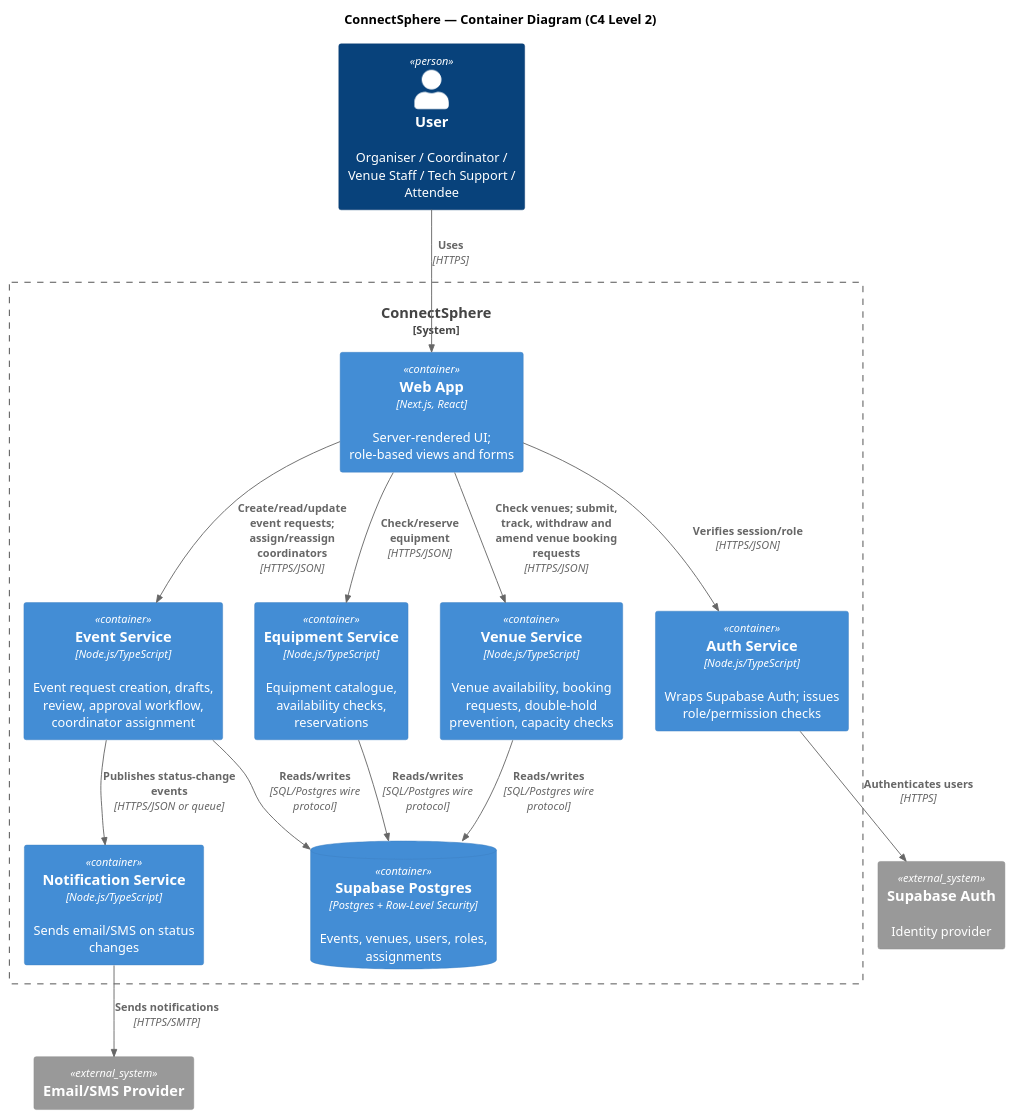
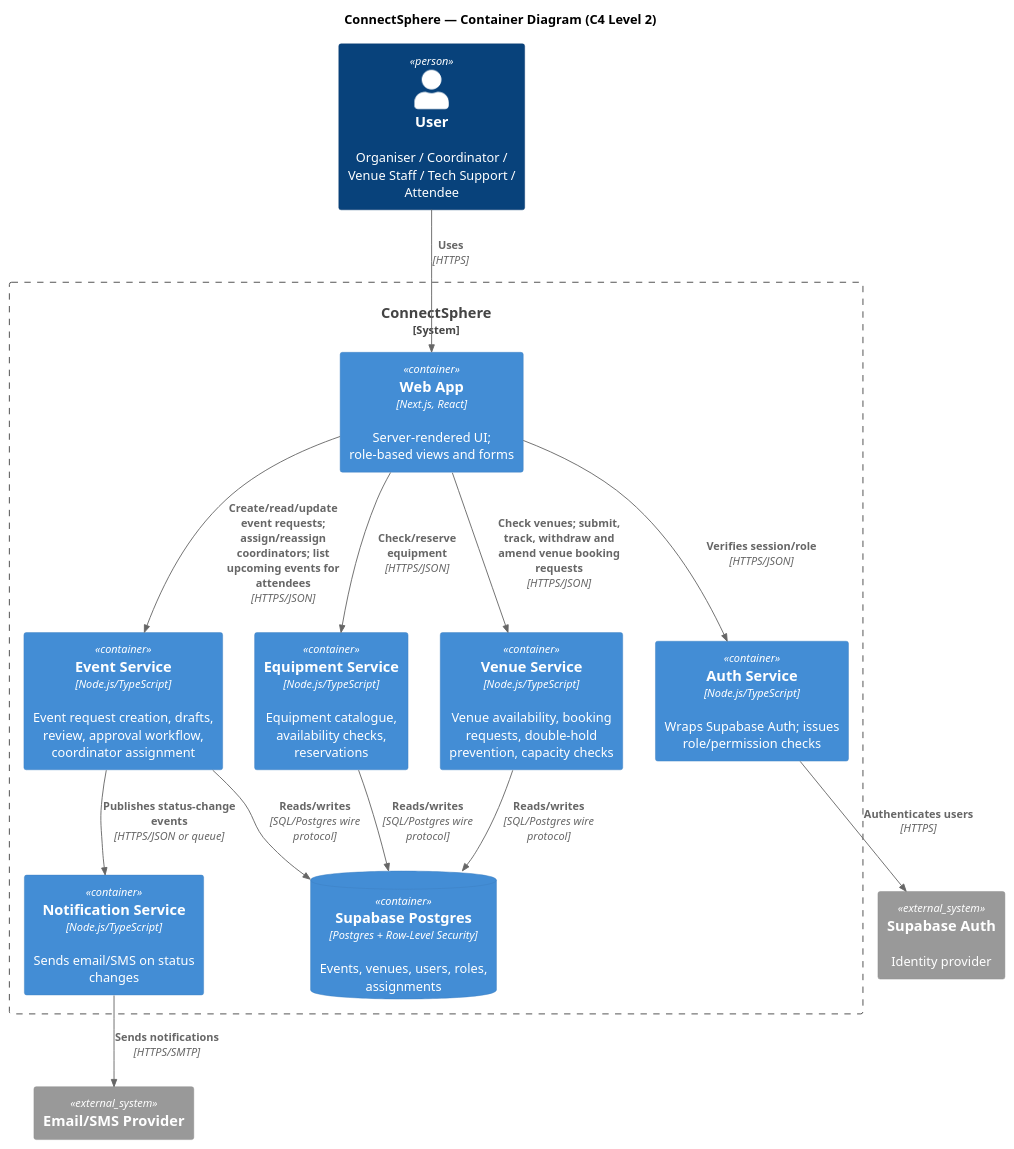
The diagram in docs/architecture/c4/container.puml (danjaii/SPM-T5), drawn with PlantUML before and after one commit. The commit also changed 19 other files, not shown here.

Commit message:
Scrum 71/view upcoming events (#32)

```diff
--- a/docs/architecture/c4/container.puml
+++ b/docs/architecture/c4/container.puml
@@ -1,38 +1,38 @@
 @startuml container
 !include https://raw.githubusercontent.com/plantuml-stdlib/C4-PlantUML/master/C4_Container.puml
 
 title ConnectSphere — Container Diagram (C4 Level 2)
 
 Person(user, "User", "Organiser / Coordinator / Venue Staff / Tech Support / Attendee")
 
 System_Boundary(connectsphere, "ConnectSphere") {
   Container(web, "Web App", "Next.js, React", "Server-rendered UI; role-based views and forms")
 
   Container(authSvc, "Auth Service", "Node.js/TypeScript", "Wraps Supabase Auth; issues role/permission checks")
   Container(eventSvc, "Event Service", "Node.js/TypeScript", "Event request creation, drafts, review, approval workflow, coordinator assignment")
   Container(venueSvc, "Venue Service", "Node.js/TypeScript", "Venue availability, booking requests, double-hold prevention, capacity checks")
   Container(equipmentSvc, "Equipment Service", "Node.js/TypeScript", "Equipment catalogue, availability checks, reservations")
   Container(notificationSvc, "Notification Service", "Node.js/TypeScript", "Sends email/SMS on status changes")
 
   ContainerDb(db, "Supabase Postgres", "Postgres + Row-Level Security", "Events, venues, users, roles, assignments")
 }
 
 System_Ext(supabaseAuth, "Supabase Auth", "Identity provider")
 System_Ext(emailProvider, "Email/SMS Provider")
 
 Rel(user, web, "Uses", "HTTPS")
 
 Rel(web, authSvc, "Verifies session/role", "HTTPS/JSON")
-Rel(web, eventSvc, "Create/read/update event requests; assign/reassign coordinators", "HTTPS/JSON")
+Rel(web, eventSvc, "Create/read/update event requests; assign/reassign coordinators; list upcoming events for attendees", "HTTPS/JSON")
 Rel(web, venueSvc, "Check venues; submit, track, withdraw and amend venue booking requests", "HTTPS/JSON")
 Rel(web, equipmentSvc, "Check/reserve equipment", "HTTPS/JSON")
 
 Rel(authSvc, supabaseAuth, "Authenticates users", "HTTPS")
 Rel(eventSvc, db, "Reads/writes", "SQL/Postgres wire protocol")
 Rel(venueSvc, db, "Reads/writes", "SQL/Postgres wire protocol")
 Rel(equipmentSvc, db, "Reads/writes", "SQL/Postgres wire protocol")
 
 Rel(eventSvc, notificationSvc, "Publishes status-change events", "HTTPS/JSON or queue")
 Rel(notificationSvc, emailProvider, "Sends notifications", "HTTPS/SMTP")
 
 @enduml
```
